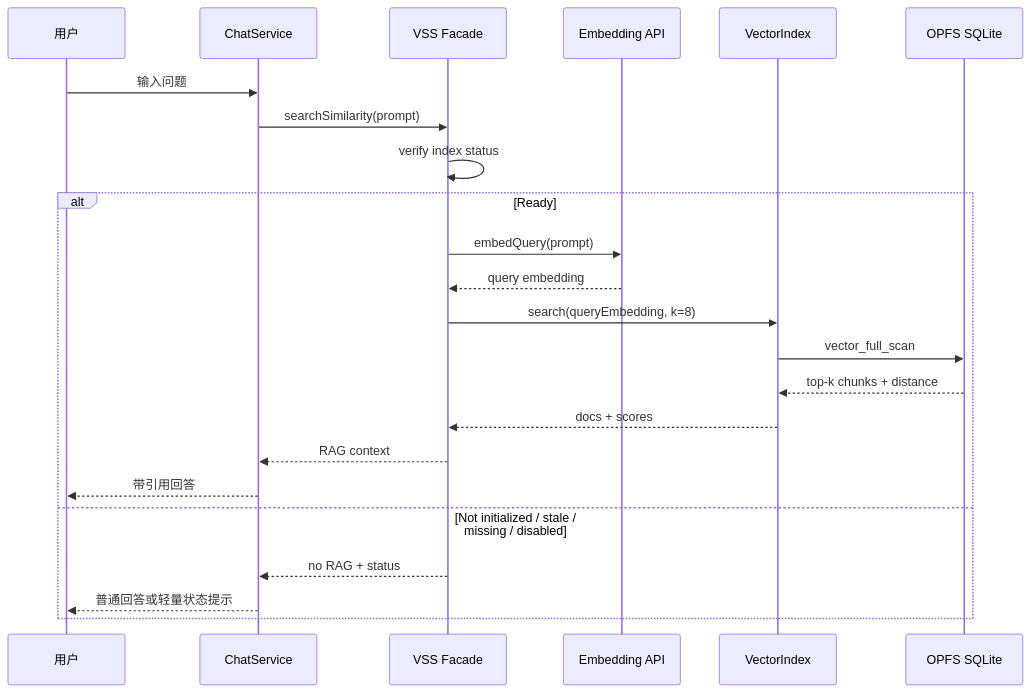
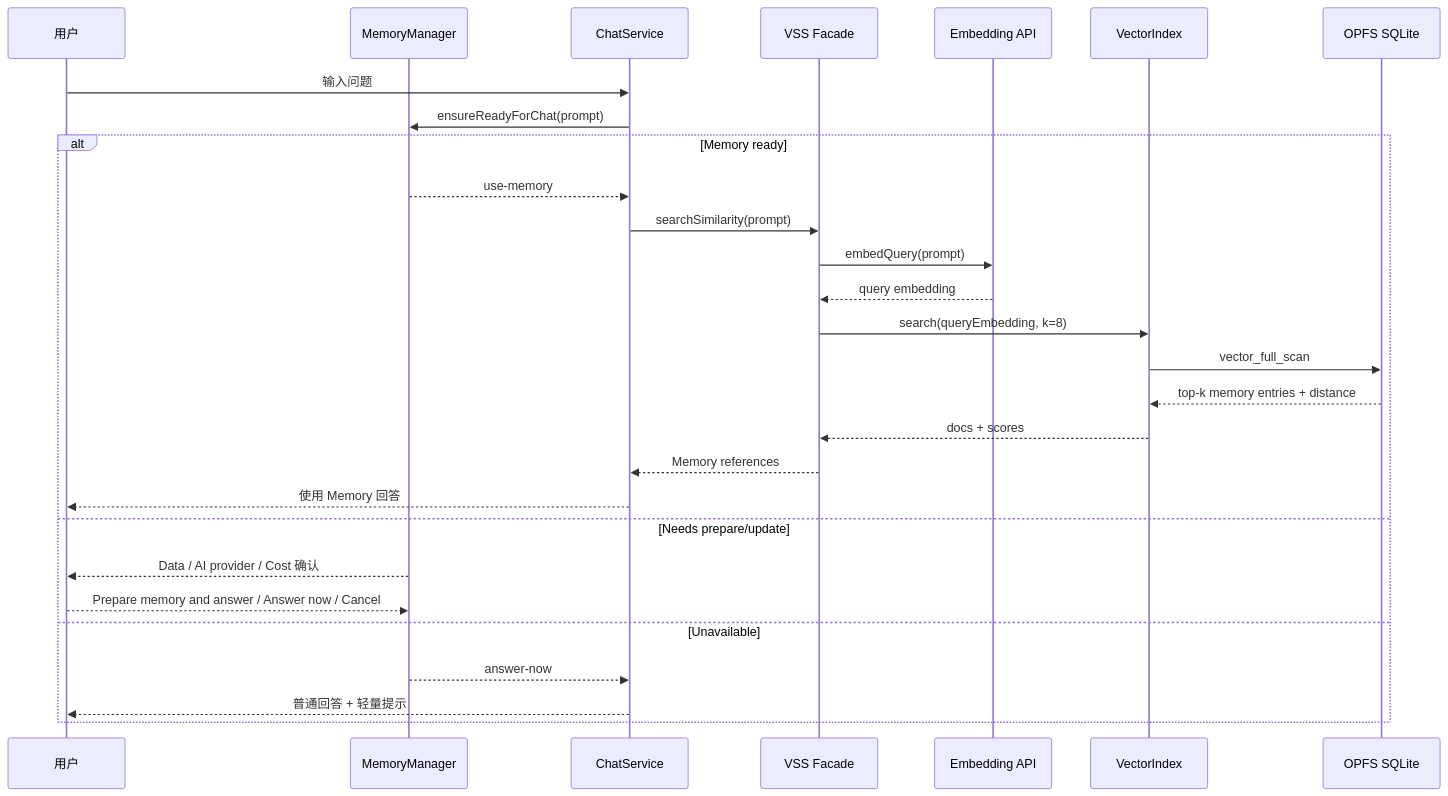
Before and after one commit to edonyzpc/personal-assistant: the fourth of 5 diagrams in docs/vss-sqlite-wasm-architecture.md, drawn with Mermaid. The commit also changed other lines of this file and 5 other files, not shown here.

Commit message:
docs(memory): document note memory product flow

````diff
--- a/docs/vss-sqlite-wasm-architecture.md
+++ b/docs/vss-sqlite-wasm-architecture.md
@@ -305,26 +333,31 @@
 ```mermaid
 sequenceDiagram
   participant U as 用户
+  participant M as MemoryManager
   participant C as ChatService
   participant V as VSS Facade
   participant E as Embedding API
   participant I as VectorIndex
   participant DB as OPFS SQLite
 
   U->>C: 输入问题
-  C->>V: searchSimilarity(prompt)
-  V->>V: verify index status
-  alt Ready
+  C->>M: ensureReadyForChat(prompt)
+  alt Memory ready
+    M-->>C: use-memory
+    C->>V: searchSimilarity(prompt)
     V->>E: embedQuery(prompt)
     E-->>V: query embedding
     V->>I: search(queryEmbedding, k=8)
     I->>DB: vector_full_scan
-    DB-->>I: top-k chunks + distance
+    DB-->>I: top-k memory entries + distance
     I-->>V: docs + scores
-    V-->>C: RAG context
-    C-->>U: 带引用回答
-  else Not initialized / stale / missing / disabled
-    V-->>C: no RAG + status
-    C-->>U: 普通回答或轻量状态提示
+    V-->>C: Memory references
+    C-->>U: 使用 Memory 回答
+  else Needs prepare/update
+    M-->>U: Data / AI provider / Cost 确认
+    U-->>M: Prepare memory and answer / Answer now / Cancel
+  else Unavailable
+    M-->>C: answer-now
+    C-->>U: 普通回答 + 轻量提示
   end
 ```
````
